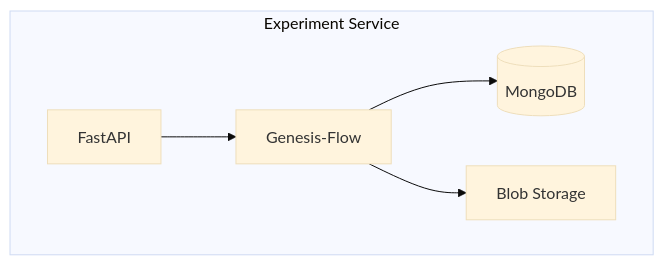
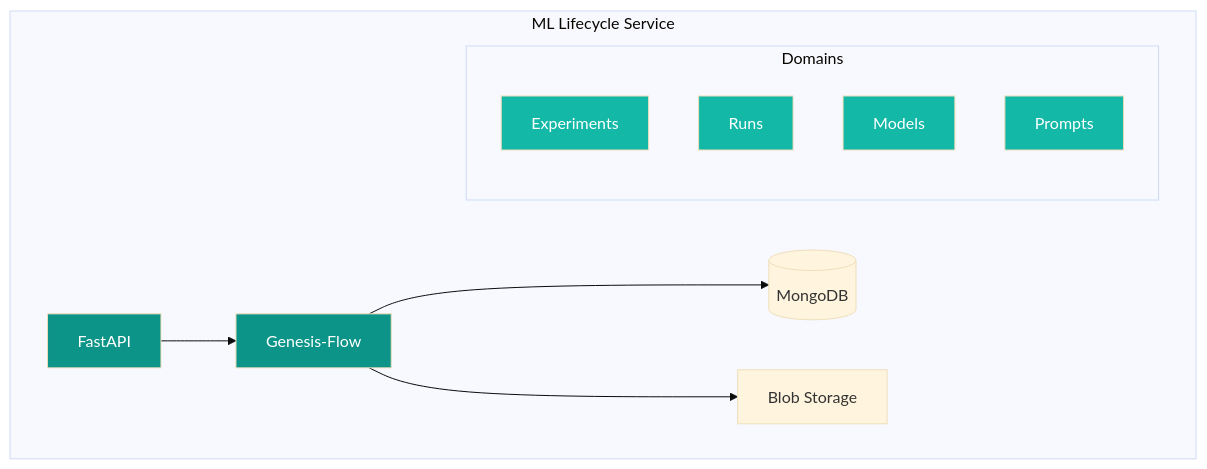
The fourth of 17 diagrams in GENESIS_PLATFORM_MICROSERVICES_ARCHITECTURE.md (mlflow/mlflow), drawn with Mermaid (base theme) before and after one commit. The commit also changed other lines of this file and 1 other file, not shown here.

First line of the commit message:
Simplify microservices architecture and improve diagram visibility

````diff
--- a/GENESIS_PLATFORM_MICROSERVICES_ARCHITECTURE.md
+++ b/GENESIS_PLATFORM_MICROSERVICES_ARCHITECTURE.md
@@ -182,11 +186,25 @@
 ```mermaid
 graph TD
-    subgraph "Experiment Service"
+    subgraph "ML Lifecycle Service"
         API[FastAPI]
         GF[Genesis-Flow]
+        
+        subgraph "Domains"
+            EXP[Experiments]
+            RUNS[Runs]
+            MODELS[Models]
+            PROMPTS[Prompts]
+        end
         
         API --> GF
         GF --> MDB[(MongoDB)]
         GF --> BLOB[Blob Storage]
     end
+    
+    style API fill:#0d9488,color:#fff
+    style GF fill:#0d9488,color:#fff
+    style EXP fill:#14b8a6,color:#fff
+    style RUNS fill:#14b8a6,color:#fff
+    style MODELS fill:#14b8a6,color:#fff
+    style PROMPTS fill:#14b8a6,color:#fff
 ```
````
